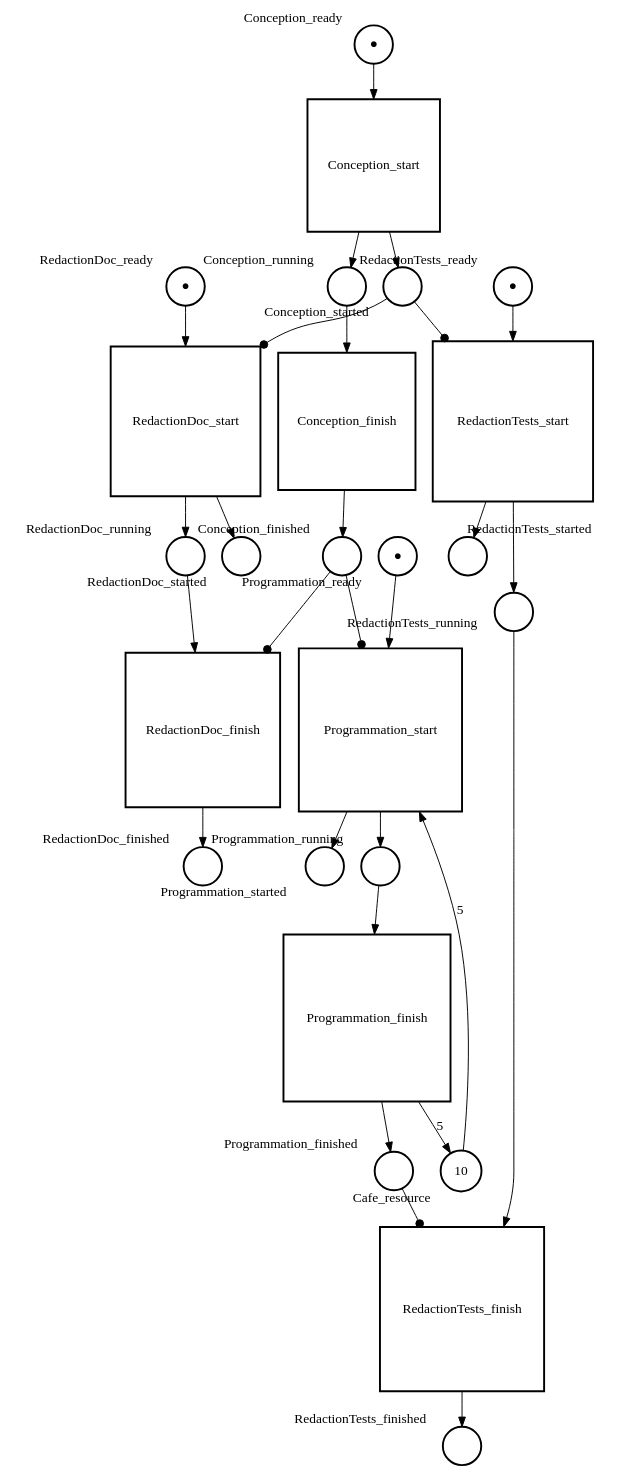
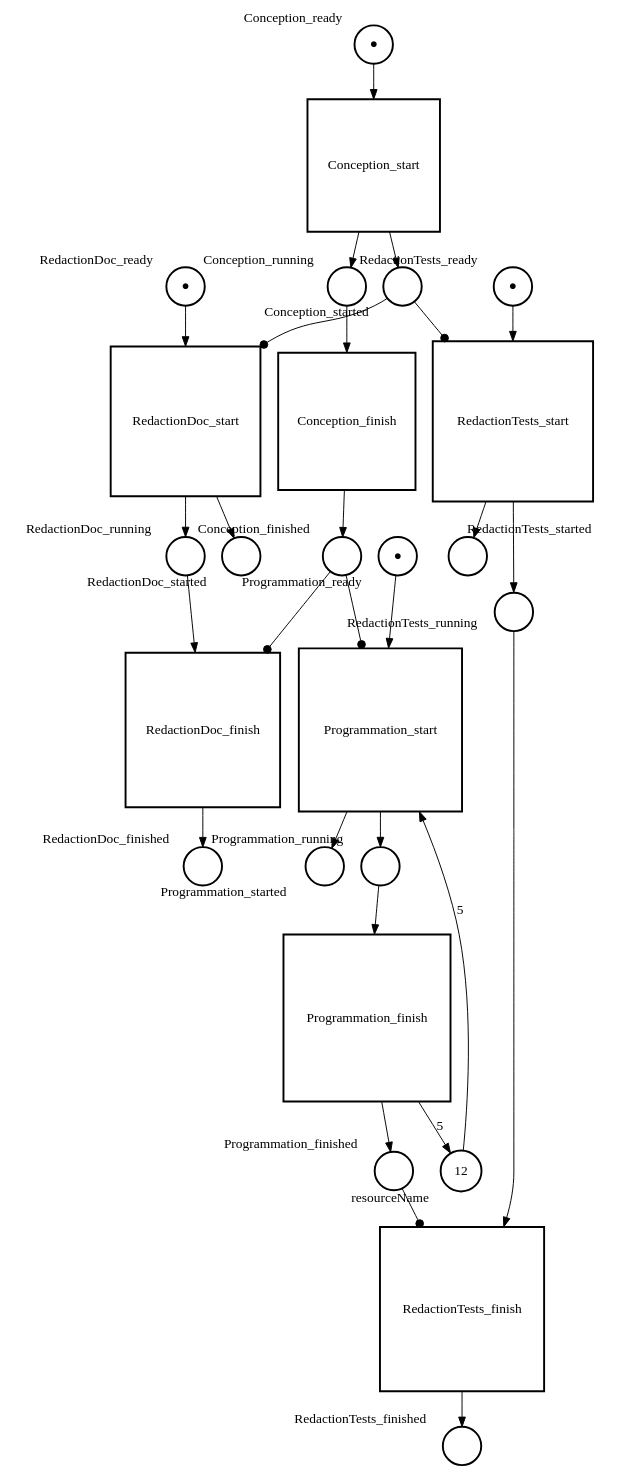
One commit to Dayonixe/N7_Projet-IDM changed the diagram in fr.n7.petriNet.exemples/exemple.dot. Above: the diagram before and after it, drawn with Graphviz.

```diff
--- a/fr.n7.petriNet.exemples/exemple.dot
+++ b/fr.n7.petriNet.exemples/exemple.dot
@@ -1,54 +1,54 @@
 digraph tpn {
 "t0" [shape=square,height=0.444,penwidth=2.0,pos="415.0,402.0",label="Conception_start",xlabel="",xlp="415.0,366.0"]
 "t1" [shape=square,height=0.444,penwidth=2.0,pos="400.0,237.0",label="Conception_finish",xlabel="",xlp="400.0,201.0"]
 "t2" [shape=square,height=0.444,penwidth=2.0,pos="485.0,387.0",label="RedactionDoc_start",xlabel="",xlp="485.0,351.0"]
 "t3" [shape=square,height=0.444,penwidth=2.0,pos="495.0,207.0",label="RedactionDoc_finish",xlabel="",xlp="495.0,171.0"]
 "t4" [shape=square,height=0.444,penwidth=2.0,pos="345.0,112.0",label="Programmation_start",xlabel="",xlp="345.0,76.0"]
 "t5" [shape=square,height=0.444,penwidth=2.0,pos="195.0,172.0",label="Programmation_finish",xlabel="",xlp="195.0,136.0"]
 "t6" [shape=square,height=0.444,penwidth=2.0,pos="300.0,457.0",label="RedactionTests_start",xlabel="",xlp="300.0,421.0"]
 "t7" [shape=square,height=0.444,penwidth=2.0,pos="165.0,342.0",label="RedactionTests_finish",xlabel="",xlp="165.0,306.0"]
 "p8" [shape=circle,height=0.556,penwidth=2.0,pos="450.0,492.0",xlabel="Conception_ready",xlp="450.0,522.0",label="&#9679;"];
 "p9" [shape=circle,height=0.556,penwidth=2.0,pos="400.0,317.0",xlabel="Conception_running",xlp="400.0,347.0",label=""];
 "p10" [shape=circle,height=0.556,penwidth=2.0,pos="390.0,437.0",xlabel="Conception_started",xlp="390.0,467.0",label=""];
 "p11" [shape=circle,height=0.556,penwidth=2.0,pos="420.0,167.0",xlabel="Conception_finished",xlp="420.0,197.0",label=""];
 "p12" [shape=circle,height=0.556,penwidth=2.0,pos="540.0,457.0",xlabel="RedactionDoc_ready",xlp="540.0,487.0",label="&#9679;"];
 "p13" [shape=circle,height=0.556,penwidth=2.0,pos="505.0,297.0",xlabel="RedactionDoc_running",xlp="505.0,327.0",label=""];
 "p14" [shape=circle,height=0.556,penwidth=2.0,pos="570.0,397.0",xlabel="RedactionDoc_started",xlp="570.0,427.0",label=""];
 "p15" [shape=circle,height=0.556,penwidth=2.0,pos="565.0,167.0",xlabel="RedactionDoc_finished",xlp="565.0,197.0",label=""];
 "p16" [shape=circle,height=0.556,penwidth=2.0,pos="390.0,42.0",xlabel="Programmation_ready",xlp="390.0,72.0",label="&#9679;"];
 "p17" [shape=circle,height=0.556,penwidth=2.0,pos="275.0,147.0",xlabel="Programmation_running",xlp="275.0,177.0",label=""];
 "p18" [shape=circle,height=0.556,penwidth=2.0,pos="330.0,32.0",xlabel="Programmation_started",xlp="330.0,62.0",label=""];
 "p19" [shape=circle,height=0.556,penwidth=2.0,pos="165.0,252.0",xlabel="Programmation_finished",xlp="165.0,282.0",label=""];
 "p20" [shape=circle,height=0.556,penwidth=2.0,pos="305.0,540.0",xlabel="RedactionTests_ready",xlp="305.0,570.0",label="&#9679;"];
 "p21" [shape=circle,height=0.556,penwidth=2.0,pos="225.0,407.0",xlabel="RedactionTests_running",xlp="225.0,437.0",label=""];
 "p22" [shape=circle,height=0.556,penwidth=2.0,pos="250.0,515.0",xlabel="RedactionTests_started",xlp="250.0,545.0",label=""];
 "p23" [shape=circle,height=0.556,penwidth=2.0,pos="90.0,362.0",xlabel="RedactionTests_finished",xlp="90.0,392.0",label=""];
-"p24" [shape=circle,height=0.556,penwidth=2.0,pos="255.0,112.0",xlabel="Cafe_resource",xlp="255.0,142.0",label="10"];
+"p24" [shape=circle,height=0.556,penwidth=2.0,pos="255.0,112.0",xlabel="resourceName",xlp="255.0,142.0",label="12"];
 "t7" -> "p23" ;
 "p19" -> "t7" [arrowhead=dot];
 "p21" -> "t7" ;
 "t6" -> "p21" ;
 "t6" -> "p22" ;
 "p10" -> "t6" [arrowhead=dot];
 "p20" -> "t6" ;
 "t5" -> "p19" ;
 "t5" -> "p24" [label="5"];
 "p17" -> "t5" ;
 "t4" -> "p17" ;
 "t4" -> "p18" ;
 "p11" -> "t4" [arrowhead=dot];
 "p16" -> "t4" ;
 "p24" -> "t4" [label="5"];
 "t3" -> "p15" ;
 "p11" -> "t3" [arrowhead=dot];
 "p13" -> "t3" ;
 "t2" -> "p13" ;
 "t2" -> "p14" ;
 "p10" -> "t2" [arrowhead=dot];
 "p12" -> "t2" ;
 "t1" -> "p11" ;
 "p9" -> "t1" ;
 "t0" -> "p9" ;
 "t0" -> "p10" ;
 "p8" -> "t0" ;
 }
```
